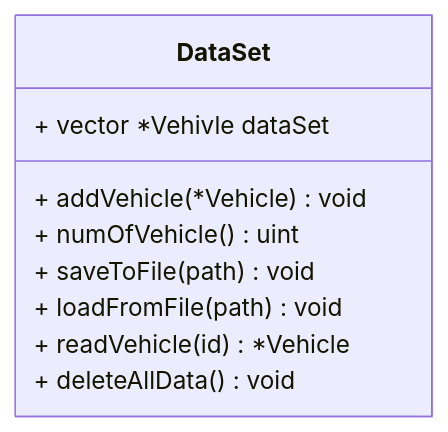
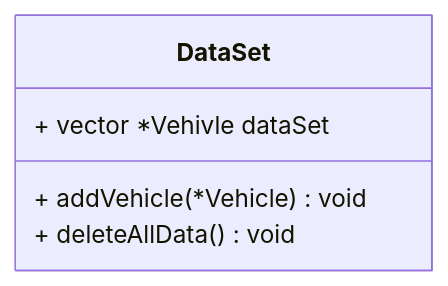
Before and after one commit to asamaranch78/swatcplusplus25Q4: the second of 7 diagrams in FinalProject/Readme.md, drawn with Mermaid. The commit also changed other lines of this file, not shown here.

Commit message:
Cahgnes to design due to a more simple solution posible

````diff
--- a/FinalProject/Readme.md
+++ b/FinalProject/Readme.md
@@ -116,12 +116,8 @@
 ```mermaid
 classDiagram
 class DataSet {
     + vector *Vehivle dataSet
     + addVehicle(*Vehicle) void
-    + numOfVehicle() uint
-    + saveToFile(path) void
-    + loadFromFile(path) void
-    + readVehicle(id) *Vehicle
     + deleteAllData() void
 }
 ```
````
